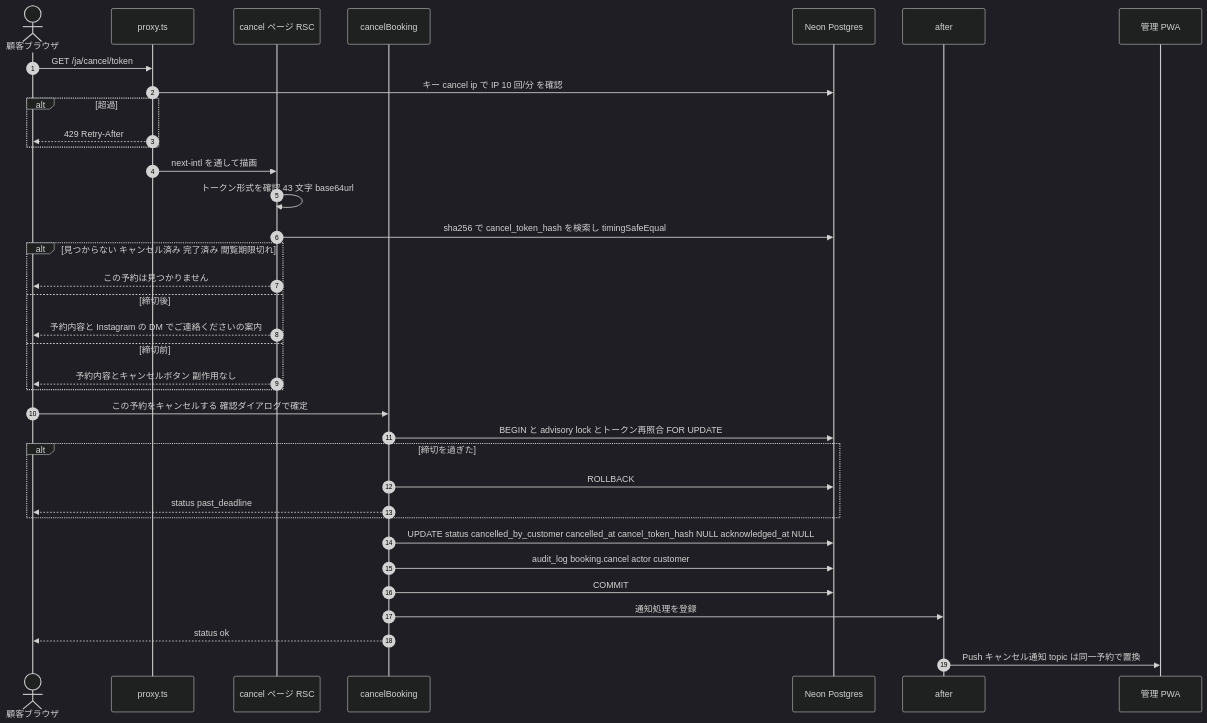
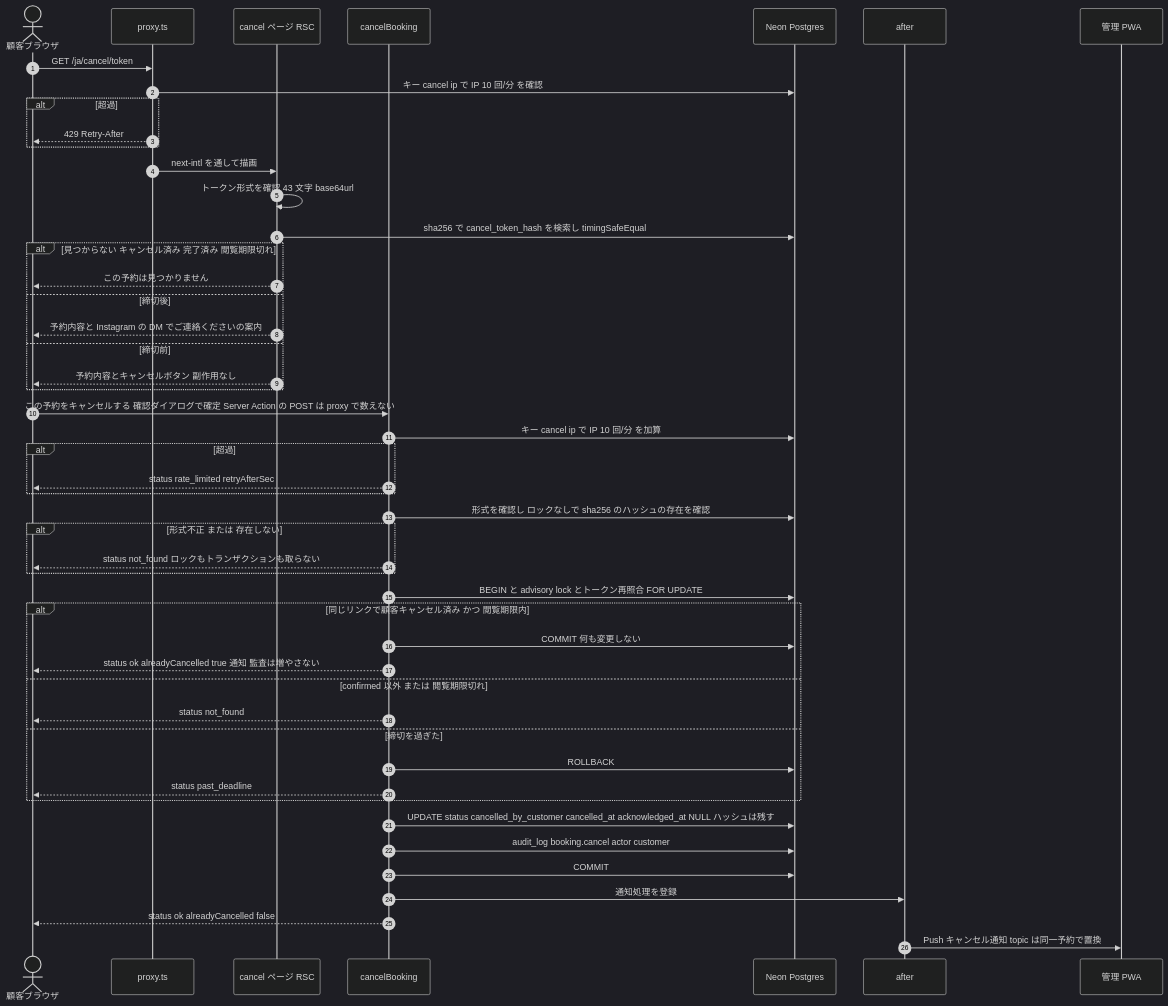
Before and after one commit to kaz-ma/barber-booking: the third of 6 diagrams in docs/03_design/05_state_and_flows.md, drawn with Mermaid (dark theme). The commit also changed other lines of this file and 17 other files, not shown here.

````diff
--- a/docs/03_design/05_state_and_flows.md
+++ b/docs/03_design/05_state_and_flows.md
@@ -156,38 +169,51 @@
 ```mermaid
 sequenceDiagram
   autonumber
   actor U as 顧客ブラウザ
   participant PX as proxy.ts
   participant PG as cancel ページ RSC
   participant SA as cancelBooking
   participant DB as Neon Postgres
   participant AF as after
   participant A as 管理 PWA
   U->>PX: GET /ja/cancel/token
   PX->>DB: キー cancel ip で IP 10 回/分 を確認
   alt 超過
     PX-->>U: 429 Retry-After
   end
   PX->>PG: next-intl を通して描画
   PG->>PG: トークン形式を確認 43 文字 base64url
   PG->>DB: sha256 で cancel_token_hash を検索し timingSafeEqual
   alt 見つからない キャンセル済み 完了済み 閲覧期限切れ
     PG-->>U: この予約は見つかりません
   else 締切後
     PG-->>U: 予約内容と Instagram の DM でご連絡くださいの案内
   else 締切前
     PG-->>U: 予約内容とキャンセルボタン 副作用なし
   end
-  U->>SA: この予約をキャンセルする 確認ダイアログで確定
+  U->>SA: この予約をキャンセルする 確認ダイアログで確定 Server Action の POST は proxy で数えない
+  SA->>DB: キー cancel ip で IP 10 回/分 を加算
+  alt 超過
+    SA-->>U: status rate_limited retryAfterSec
+  end
+  SA->>DB: 形式を確認し ロックなしで sha256 のハッシュの存在を確認
+  alt 形式不正 または 存在しない
+    SA-->>U: status not_found ロックもトランザクションも取らない
+  end
   SA->>DB: BEGIN と advisory lock とトークン再照合 FOR UPDATE
-  alt 締切を過ぎた
+  alt 同じリンクで顧客キャンセル済み かつ 閲覧期限内
+    SA->>DB: COMMIT 何も変更しない
+    SA-->>U: status ok alreadyCancelled true 通知 監査は増やさない
+  else confirmed 以外 または 閲覧期限切れ
+    SA-->>U: status not_found
+  else 締切を過ぎた
     SA->>DB: ROLLBACK
     SA-->>U: status past_deadline
   end
-  SA->>DB: UPDATE status cancelled_by_customer cancelled_at cancel_token_hash NULL acknowledged_at NULL
+  SA->>DB: UPDATE status cancelled_by_customer cancelled_at acknowledged_at NULL ハッシュは残す
   SA->>DB: audit_log booking.cancel actor customer
   SA->>DB: COMMIT
   SA->>AF: 通知処理を登録
-  SA-->>U: status ok
+  SA-->>U: status ok alreadyCancelled false
   AF->>A: Push キャンセル通知 topic は同一予約で置換
 ```
````
